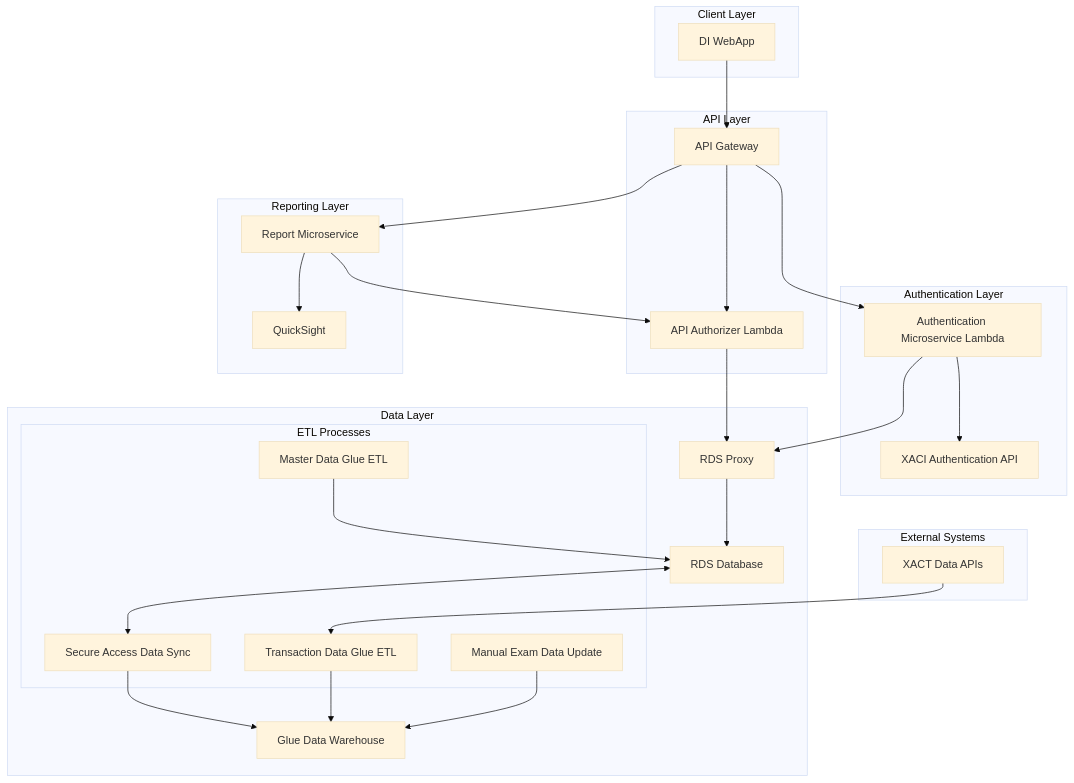
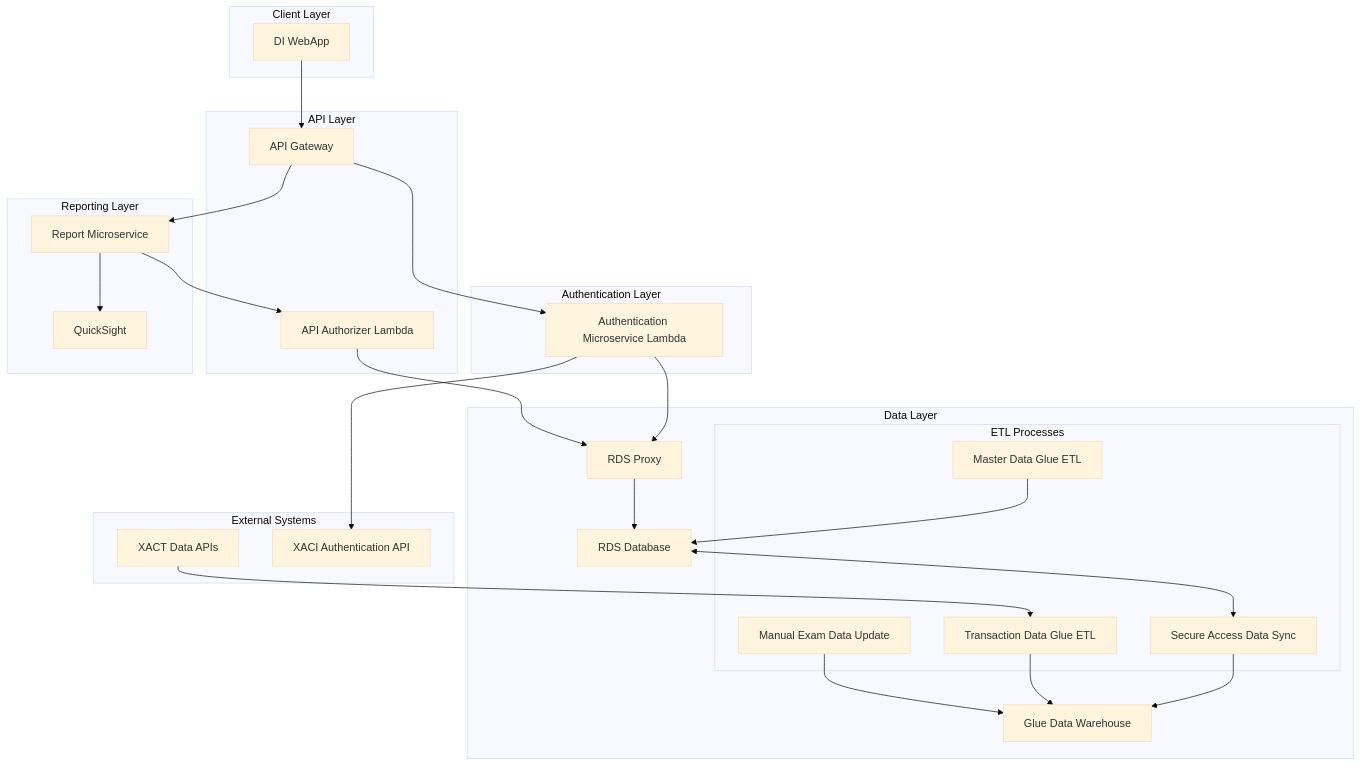
One commit to hugger-beep/private1 changed the diagram in Detailed.md. Above: the diagram before and after it, drawn with Mermaid (base theme). The commit also changed other lines of this file, not shown here.

````diff
--- a/Detailed.md
+++ b/Detailed.md
@@ -2,61 +3,59 @@
 ```mermaid
 graph TD
     subgraph "Client Layer"
         DIWebApp[DI WebApp]
     end
     
     subgraph "API Layer"
         APIGateway[API Gateway]
         APIAuth[API Authorizer Lambda]
     end
     
     subgraph "Authentication Layer"
         AuthMicro[Authentication Microservice Lambda]
-        XACIAuth[XACI Authentication API]
     end
     
     subgraph "Reporting Layer"
         ReportMicro[Report Microservice]
         QS[QuickSight]
     end
     
     subgraph "Data Layer"
         RDSProxy[RDS Proxy]
         RDS[RDS Database]
         DW[Glue Data Warehouse]
         
         subgraph "ETL Processes"
             TransETL[Transaction Data Glue ETL]
             MasterETL[Master Data Glue ETL]
             SecureSync[Secure Access Data Sync]
             ManualUpdate[Manual Exam Data Update]
         end
     end
     
     subgraph "External Systems"
         XACTDataAPI[XACT Data APIs]
+        XACIAuth[XACI Authentication API]
     end
     
     DIWebApp --> APIGateway
     
     APIGateway --> AuthMicro
     APIGateway --> ReportMicro
-    APIGateway --> APIAuth
     
     AuthMicro --> XACIAuth
     AuthMicro --> RDSProxy
     APIAuth --> RDSProxy
     
     ReportMicro --> QS
     ReportMicro --> APIAuth
     
     RDSProxy --> RDS
     RDS <--> SecureSync
     SecureSync --> DW
     TransETL --> DW
     MasterETL --> RDS
     ManualUpdate --> DW
     
     XACTDataAPI --> TransETL
-
 ```
````
